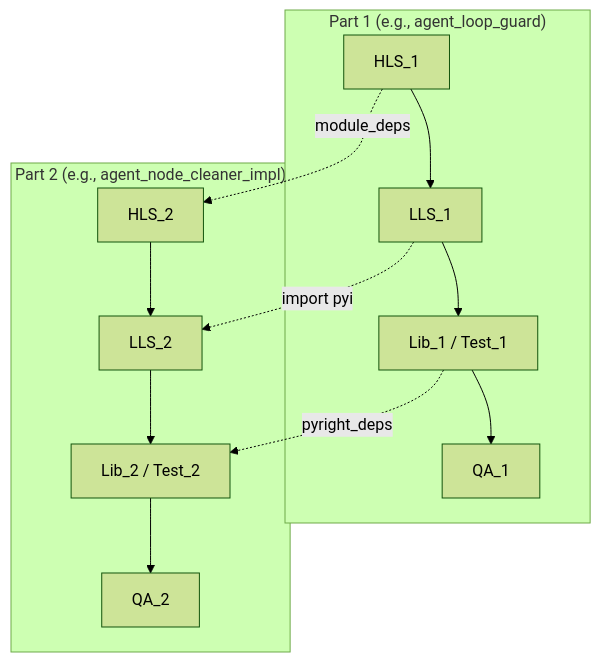
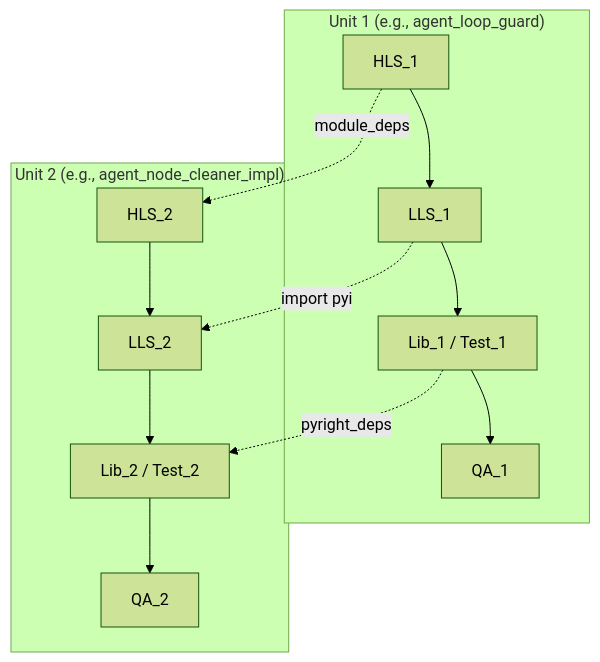
One commit to mcdirmid/cleanroom changed the fifth of 7 diagrams in design-docs/antigravity_integration.md. Above: the diagram before and after it, drawn with Mermaid (forest theme). The commit also changed other lines of this file and 8 other files, not shown here.

````diff
--- a/design-docs/antigravity_integration.md
+++ b/design-docs/antigravity_integration.md
@@ -518,18 +529,18 @@
 ```mermaid
 flowchart TD
-    subgraph Part1 ["Part 1 (e.g., agent_loop_guard)"]
+    subgraph Unit1 ["Unit 1 (e.g., agent_loop_guard)"]
         H1["HLS_1"] --> L1["LLS_1"]
         L1 --> B1["Lib_1 / Test_1"]
         B1 --> Q1["QA_1"]
     end
 
-    subgraph Part2 ["Part 2 (e.g., agent_node_cleaner_impl)"]
+    subgraph Unit2 ["Unit 2 (e.g., agent_node_cleaner_impl)"]
         H2["HLS_2"] --> L2["LLS_2"]
         L2 --> B2["Lib_2 / Test_2"]
         B2 --> Q2["QA_2"]
     end
 
     H1 -.->|"module_deps"| H2
     L1 -.->|"import pyi"| L2
     B1 -.->|"pyright_deps"| B2
 ```
````
